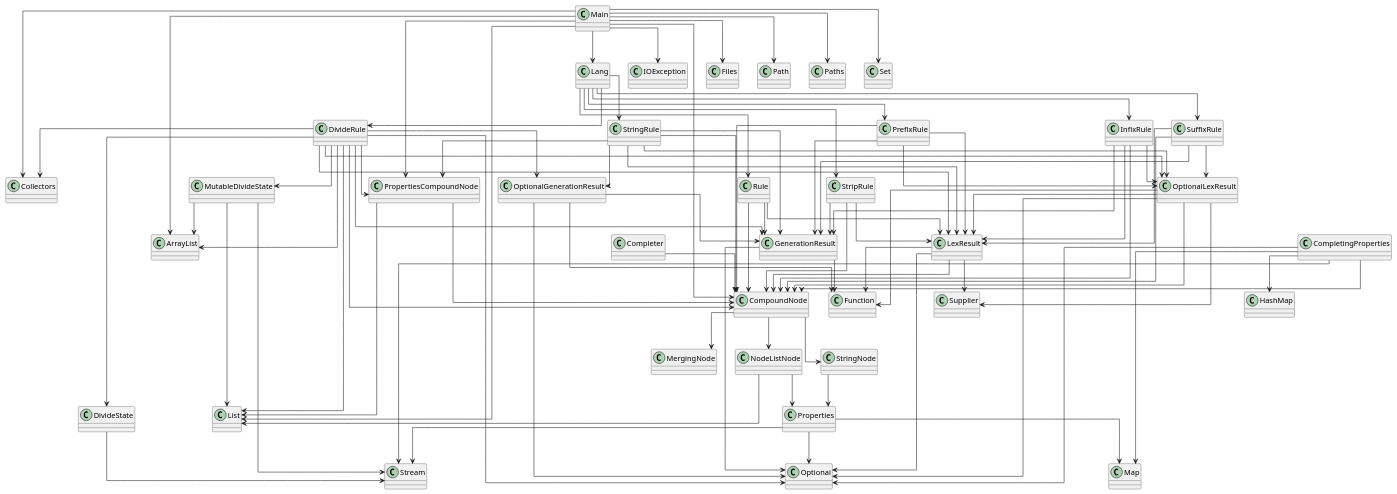
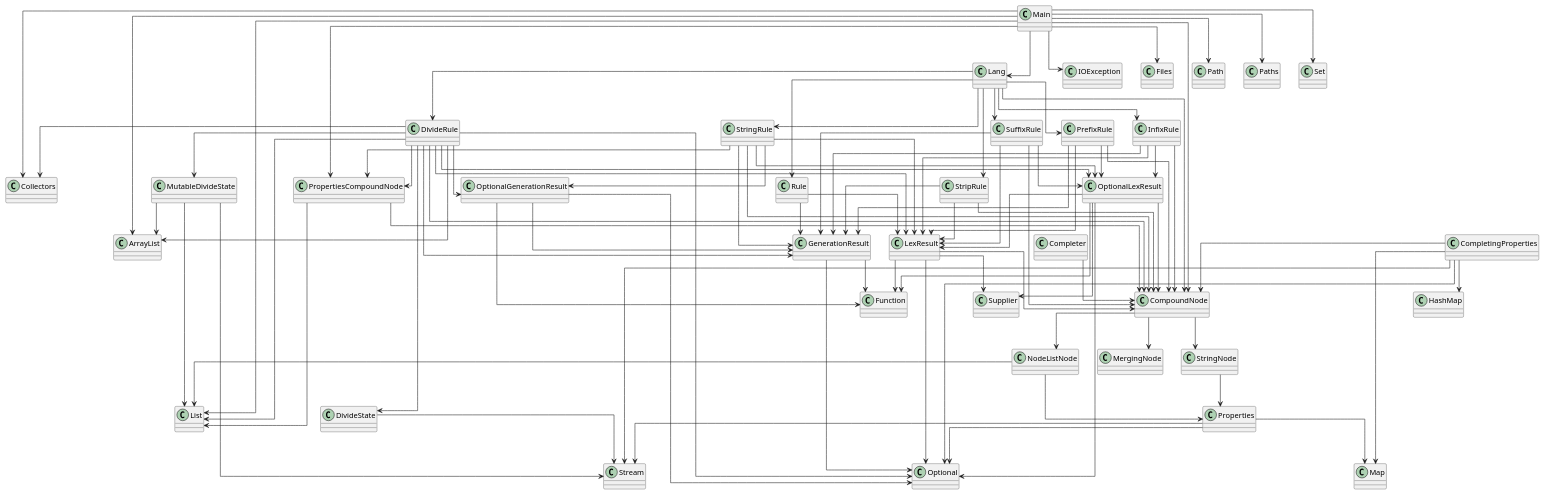
Before and after one commit to SirMathhman/Magma: the diagram in diagram.puml, drawn with PlantUML. The commit also changed 8 other files, not shown here.

Commit message:
Disconnect Node from Rule

```diff
--- a/diagram.puml
+++ b/diagram.puml
@@ -1,115 +1,115 @@
 @startuml
 skinparam linetype ortho
 class OptionalGenerationResult
 OptionalGenerationResult --> GenerationResult
 OptionalGenerationResult --> Optional
 OptionalGenerationResult --> Function
 class StringNode
 StringNode --> Properties
 class Rule
-Rule --> CompoundNode
 Rule --> GenerationResult
 Rule --> LexResult
 class Completer
 Completer --> CompoundNode
 class Lang
+Lang --> CompoundNode
 Lang --> DivideRule
 Lang --> InfixRule
 Lang --> PrefixRule
 Lang --> Rule
 Lang --> StringRule
 Lang --> StripRule
 Lang --> SuffixRule
 class LexResult
 LexResult --> CompoundNode
 LexResult --> Optional
 LexResult --> Function
 LexResult --> Supplier
 class MutableDivideState
 MutableDivideState --> ArrayList
 MutableDivideState --> List
 MutableDivideState --> Stream
 class InfixRule
 InfixRule --> CompoundNode
 InfixRule --> GenerationResult
 InfixRule --> LexResult
 InfixRule --> OptionalLexResult
 class DivideRule
 DivideRule --> CompoundNode
 DivideRule --> PropertiesCompoundNode
 DivideRule --> DivideState
 DivideRule --> MutableDivideState
 DivideRule --> GenerationResult
 DivideRule --> LexResult
 DivideRule --> OptionalGenerationResult
 DivideRule --> OptionalLexResult
 DivideRule --> ArrayList
 DivideRule --> List
 DivideRule --> Optional
 DivideRule --> Collectors
 class PrefixRule
 PrefixRule --> CompoundNode
 PrefixRule --> GenerationResult
 PrefixRule --> LexResult
 PrefixRule --> OptionalLexResult
 class StringRule
+StringRule --> CompoundNode
 StringRule --> PropertiesCompoundNode
-StringRule --> CompoundNode
 StringRule --> GenerationResult
+StringRule --> LexResult
 StringRule --> OptionalGenerationResult
-StringRule --> LexResult
 StringRule --> OptionalLexResult
 class SuffixRule
 SuffixRule --> CompoundNode
 SuffixRule --> GenerationResult
 SuffixRule --> LexResult
 SuffixRule --> OptionalLexResult
 class MergingNode
 class GenerationResult
 GenerationResult --> Optional
 GenerationResult --> Function
 class PropertiesCompoundNode
 PropertiesCompoundNode --> CompoundNode
 PropertiesCompoundNode --> List
 class StripRule
 StripRule --> CompoundNode
 StripRule --> GenerationResult
 StripRule --> LexResult
 class Main
 Main --> Lang
 Main --> PropertiesCompoundNode
 Main --> CompoundNode
 Main --> IOException
 Main --> Files
 Main --> Path
 Main --> Paths
 Main --> ArrayList
 Main --> List
 Main --> Set
 Main --> Collectors
 class CompoundNode
 CompoundNode --> MergingNode
 CompoundNode --> NodeListNode
 CompoundNode --> StringNode
 class CompletingProperties
 CompletingProperties --> CompoundNode
 CompletingProperties --> HashMap
 CompletingProperties --> Map
 CompletingProperties --> Optional
 CompletingProperties --> Stream
 class DivideState
 DivideState --> Stream
 class NodeListNode
 NodeListNode --> Properties
 NodeListNode --> List
 class Properties
 Properties --> Map
 Properties --> Optional
 Properties --> Stream
 class OptionalLexResult
 OptionalLexResult --> CompoundNode
 OptionalLexResult --> LexResult
 OptionalLexResult --> Optional
 OptionalLexResult --> Function
 OptionalLexResult --> Supplier
 @enduml
```
